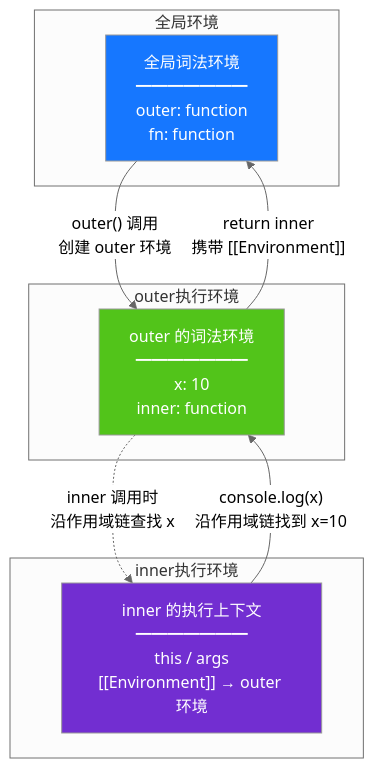
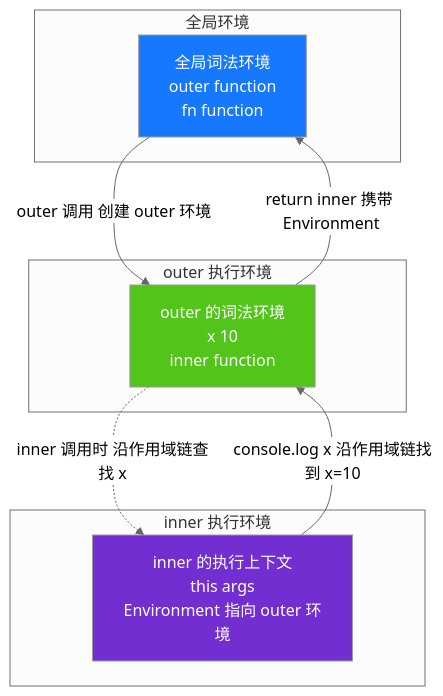
The second of 7 diagrams in JavaScript/02-闭包面试题.md (mansteinr/note-book), drawn with Mermaid (neutral theme) before and after one commit. The commit also changed other lines of this file and 1 other file, not shown here.

Commit message:
解决 mermaid 不显示的问题

````diff
--- a/JavaScript/02-闭包面试题.md
+++ b/JavaScript/02-闭包面试题.md
@@ -167,23 +167,23 @@
 ```mermaid
 flowchart TB
-    subgraph 全局环境
-        G["全局词法环境<br/>━━━━━━━<br/>outer: function<br/>fn: function"]
+    subgraph global_env [全局环境]
+        G[全局词法环境<br/>outer function<br/>fn function]
     end
-    
-    subgraph outer执行环境
-        O["outer 的词法环境<br/>━━━━━━━<br/>x: 10<br/>inner: function"]
+
+    subgraph outer_env [outer 执行环境]
+        O[outer 的词法环境<br/>x 10<br/>inner function]
     end
-    
-    subgraph inner执行环境
-        I["inner 的执行上下文<br/>━━━━━━━<br/>this / args<br/>[[Environment]] → outer 环境"]
+
+    subgraph inner_env [inner 执行环境]
+        I[inner 的执行上下文<br/>this args<br/>Environment 指向 outer 环境]
     end
-    
-    G -->|"outer() 调用<br/>创建 outer 环境"| O
-    O -->|"return inner<br/>携带 [[Environment]]"| G
-    O -.->|"inner 调用时<br/>沿作用域链查找 x"| I
-    I -->|"console.log(x)<br/>沿作用域链找到 x=10"| O
-    
+
+    G -->|outer 调用 创建 outer 环境| O
+    O -->|return inner 携带 Environment| G
+    O -.->|inner 调用时 沿作用域链查找 x| I
+    I -->|console.log x 沿作用域链找到 x=10| O
+
     style G fill:#1677ff,color:#fff
     style O fill:#52c41a,color:#fff
     style I fill:#722ed1,color:#fff
 ```
````
